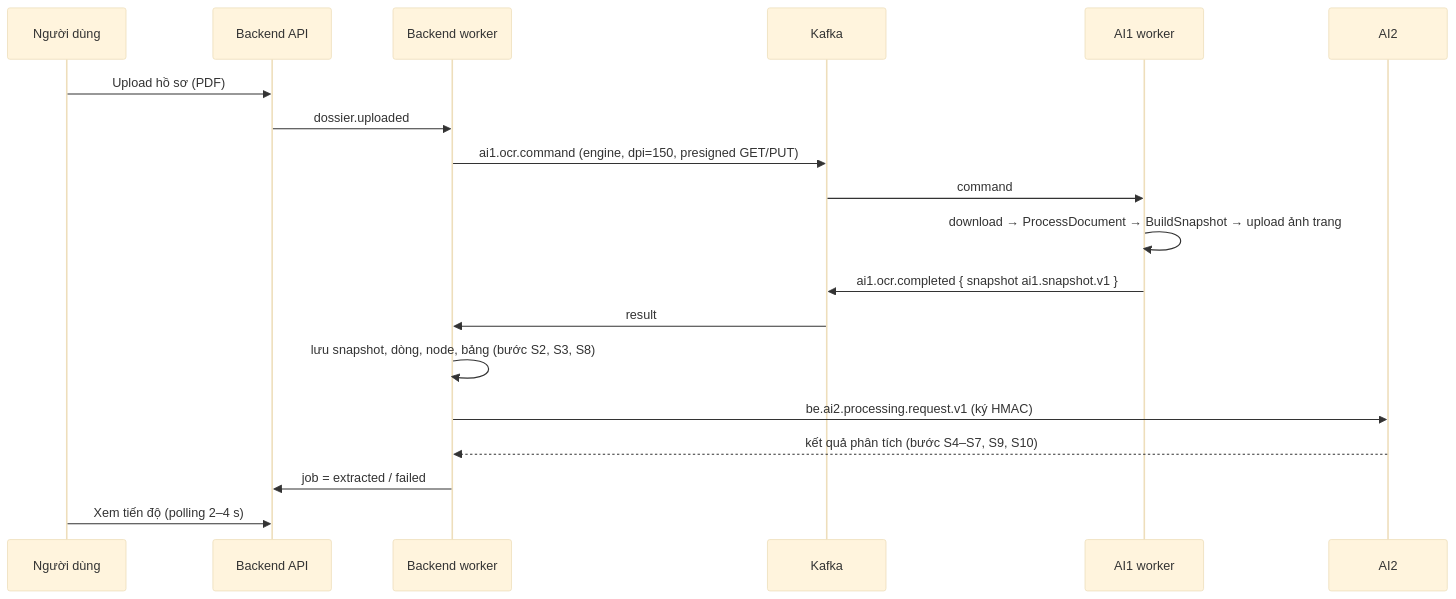
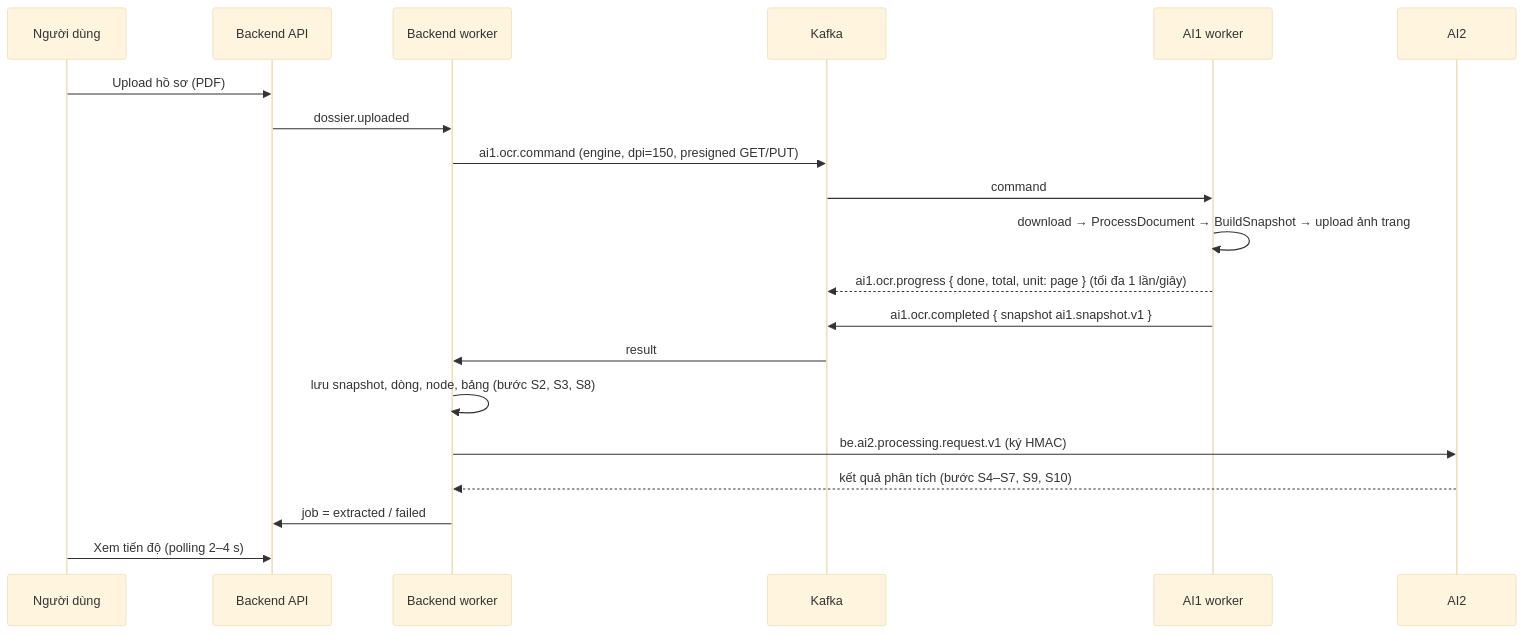
The second of 4 diagrams in ai-service/docs/architecture_ai1.md (AI20K-VGR/contract-intelligence-core), drawn with Mermaid (base theme) before and after one commit. The commit also changed other lines of this file and 5 other files, not shown here.

First line of the commit message:
feat(ai): publish ai1.ocr.progress while a document is read; fail it when no page is readable

````diff
--- a/ai-service/docs/architecture_ai1.md
+++ b/ai-service/docs/architecture_ai1.md
@@ -85,22 +85,23 @@
 ```mermaid
 sequenceDiagram
     participant U as Người dùng
     participant BE as Backend API
     participant BW as Backend worker
     participant K as Kafka
     participant A1 as AI1 worker
     participant A2 as AI2
 
     U->>BE: Upload hồ sơ (PDF)
     BE->>BW: dossier.uploaded
     BW->>K: ai1.ocr.command (engine, dpi=150, presigned GET/PUT)
     K->>A1: command
     A1->>A1: download → ProcessDocument → BuildSnapshot → upload ảnh trang
+    A1-->>K: ai1.ocr.progress { done, total, unit: page } (tối đa 1 lần/giây)
     A1->>K: ai1.ocr.completed { snapshot ai1.snapshot.v1 }
     K->>BW: result
     BW->>BW: lưu snapshot, dòng, node, bảng (bước S2, S3, S8)
     BW->>A2: be.ai2.processing.request.v1 (ký HMAC)
     A2-->>BW: kết quả phân tích (bước S4–S7, S9, S10)
     BW->>BE: job = extracted / failed
     U->>BE: Xem tiến độ (polling 2–4 s)
 ```
````
